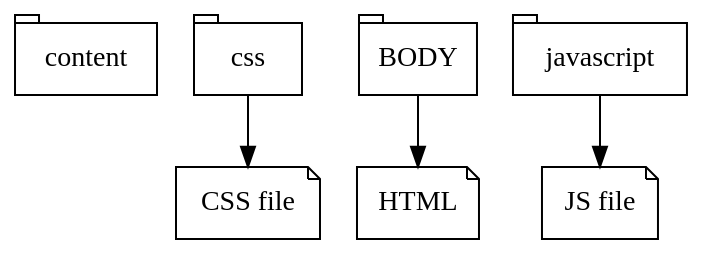
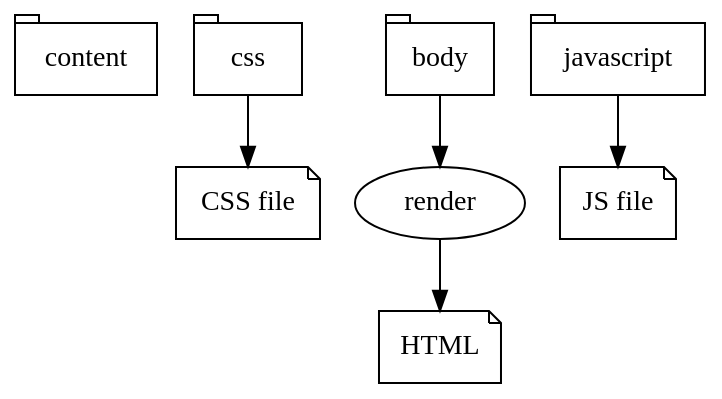
One commit to vincent-peugnet/wcms-website changed the diagram in graphs/tabs.gv. Above: the diagram before and after it, drawn with Graphviz. The commit also changed 1 other file, not shown here.

Commit message:
tabs graph: add render node for body

```diff
--- a/graphs/tabs.gv
+++ b/graphs/tabs.gv
@@ -1,17 +1,20 @@
 # used for images/graph-example.svg
 # Generated with https://edotor.net/ and layout dot
 digraph g {
     rankdir=TD;
 	bgcolor=transparent;
-    node [shape=tab]
+    content    [shape=tab]
+    css        [shape=tab]
+    body       [shape=tab]
+    javascript [shape=tab]
 
     content
     css -> cssfile
-    BODY -> HTML
+    body -> render -> HTML
     javascript -> js
     
     cssfile [label="CSS file",shape=note]
     HTML [shape=note]
     js [label="JS file",shape=note]
 
 }
```
